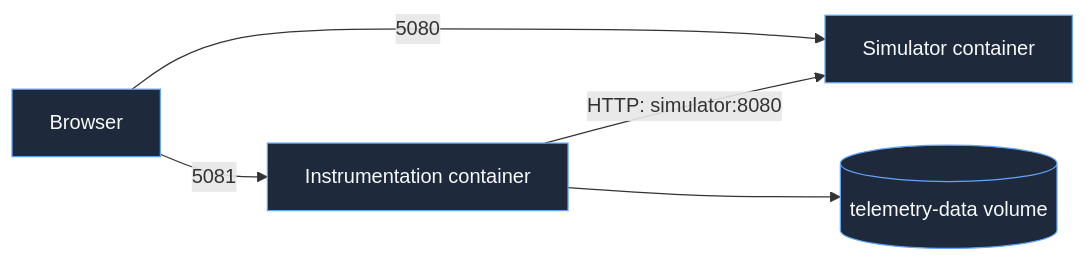
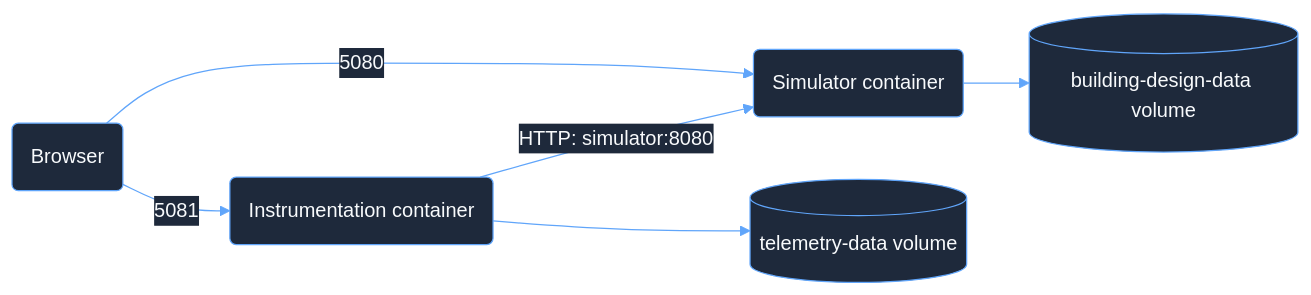
The first of 3 diagrams in docs/README.md (wmorgan69/light-controller-simulator), drawn with Mermaid before and after one commit. The commit also changed other lines of this file and 58 other files, not shown here.

First line of the commit message:
feat: implement local building editor with design persistence

````diff
--- a/docs/README.md
+++ b/docs/README.md
@@ -81,8 +83,21 @@
 ```mermaid
+---
+config:
+  theme: base
+  themeVariables:
+    darkMode: true
+    primaryColor: '#1E293B'
+    primaryTextColor: '#F8FAFC'
+    primaryBorderColor: '#60A5FA'
+    lineColor: '#60A5FA'
+    edgeLabelBackground: '#1E293B'
+    textColor: '#F8FAFC'
+---
 flowchart LR
-  Browser["Browser"] -->|5080| Simulator["Simulator container"]
-  Browser -->|5081| Dashboard["Instrumentation container"]
+  Browser("Browser") -->|5080| Simulator("Simulator container")
+  Browser -->|5081| Dashboard("Instrumentation container")
   Dashboard -->|HTTP: simulator:8080| Simulator
   Dashboard --> Volume[("telemetry-data volume")]
+  Simulator --> DesignVolume[("building-design-data volume")]
   classDef default fill:#1E293B,stroke:#60A5FA,color:#F8FAFC;
 ```
````
